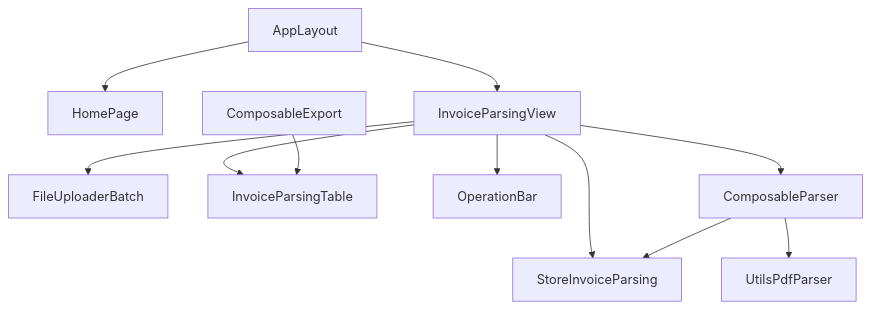
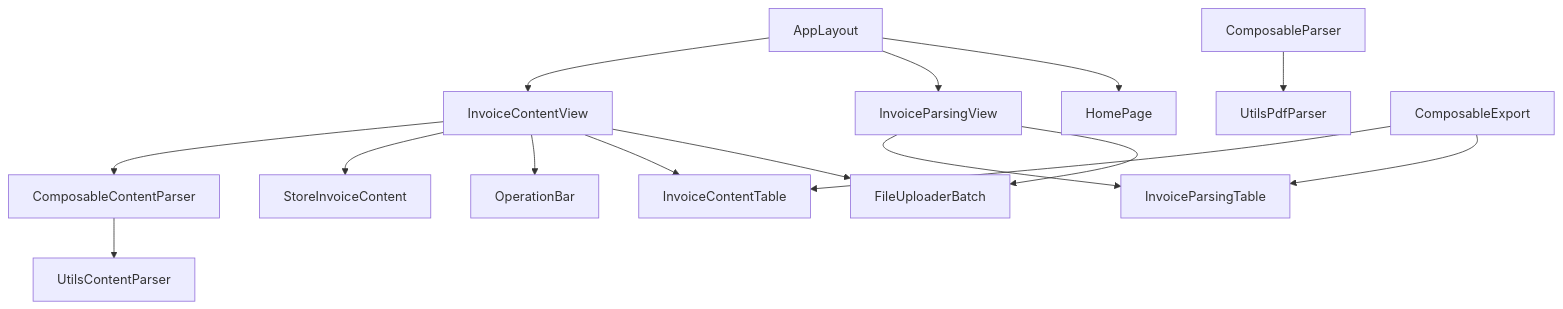
One commit to dunhuixiao/FinanceTools changed the second of 10 diagrams in .qoder/repowiki/zh/content/组件架构设计/组件架构设计.md. Above: the diagram before and after it, drawn with Mermaid. The commit also changed other lines of this file and 20 other files, not shown here.

````diff
--- a/.qoder/repowiki/zh/content/组件架构设计/组件架构设计.md
+++ b/.qoder/repowiki/zh/content/组件架构设计/组件架构设计.md
@@ -148,13 +169,17 @@
 ```mermaid
 graph TB
 AppLayout --> HomePage
 AppLayout --> InvoiceParsingView
+AppLayout --> InvoiceContentView
 InvoiceParsingView --> FileUploaderBatch
 InvoiceParsingView --> InvoiceParsingTable
-InvoiceParsingView --> OperationBar
-InvoiceParsingView --> StoreInvoiceParsing
-InvoiceParsingView --> ComposableParser
+InvoiceContentView --> FileUploaderBatch
+InvoiceContentView --> InvoiceContentTable
+InvoiceContentView --> OperationBar
+InvoiceContentView --> StoreInvoiceContent
+InvoiceContentView --> ComposableContentParser
 ComposableParser --> UtilsPdfParser
-ComposableParser --> StoreInvoiceParsing
+ComposableContentParser --> UtilsContentParser
 ComposableExport --> InvoiceParsingTable
+ComposableExport --> InvoiceContentTable
 ```
````
